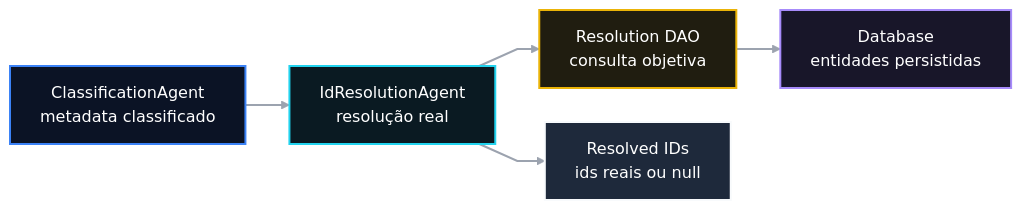
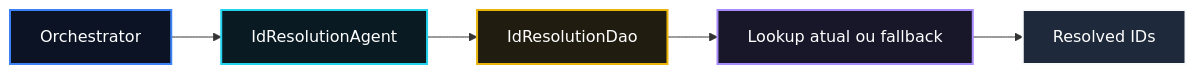
Before and after one commit to matheusdiamantino-betalent/questions-ai: the diagram in PR 62 — Fase 2: Match Real de IDs com Banco.md, drawn with Mermaid. The commit also changed other lines of this file, not shown here.

Commit message:
Update PR 62 — Fase 2: Match Real de IDs com Banco.md

````diff
--- a/PR 62 — Fase 2: Match Real de IDs com Banco.md
+++ b/PR 62 — Fase 2: Match Real de IDs com Banco.md
@@ -84,45 +76,19 @@
 ```mermaid
-%%{init: {
-  "theme": "base",
-  "themeVariables": {
-    "background": "#050b16",
-    "primaryColor": "#0b1220",
-    "primaryTextColor": "#ffffff",
-    "primaryBorderColor": "#22d3ee",
-    "lineColor": "#94a3b8",
-    "secondaryColor": "#0b1220",
-    "tertiaryColor": "#0b1220",
-    "fontFamily": "Inter, Arial, sans-serif"
-  },
-  "flowchart": {
-    "htmlLabels": true,
-    "curve": "linear",
-    "nodeSpacing": 34,
-    "rankSpacing": 44
-  }
-}}%%
 flowchart LR
-    A["ClassificationAgent<br/>metadata classificado"] --> B["IdResolutionAgent<br/>resolução real"]
-    B --> C["Resolution DAO<br/>consulta objetiva"]
-    C --> D["Database<br/>entidades persistidas"]
-    B --> E["Resolved IDs<br/>ids reais ou null"]
+    A[Orchestrator] --> B[IdResolutionAgent]
+    B --> C[IdResolutionDao]
+    C --> D[Lookup atual ou fallback]
+    D --> E[Resolved IDs]
 
     classDef step1 fill:#0b1325,stroke:#3b82f6,stroke-width:2px,color:#ffffff;
     classDef step2 fill:#0a1a22,stroke:#22d3ee,stroke-width:2px,color:#ffffff;
     classDef step3 fill:#201d10,stroke:#eab308,stroke-width:2px,color:#ffffff;
     classDef step4 fill:#181629,stroke:#a78bfa,stroke-width:2px,color:#ffffff;
-    classDef step5 fill:#25170f,stroke:#f97316,stroke-width:2px,color:#ffffff;
-    classDef outputBox fill:#1e293b,stroke:#f8fafc,stroke-width:2px,color:#ffffff;
-    classDef coreBox fill:#1e293b,stroke:#f8fafc,stroke-width:2px,color:#ffffff;
+    classDef step5 fill:#1e293b,stroke:#f8fafc,stroke-width:2px,color:#ffffff;
 
     class A step1;
     class B step2;
     class C step3;
     class D step4;
-    class E outputBox;
-
-    linkStyle 0 stroke:#9ca3af,stroke-width:2px;
-    linkStyle 1 stroke:#9ca3af,stroke-width:2px;
-    linkStyle 2 stroke:#9ca3af,stroke-width:2px;
-    linkStyle 3 stroke:#9ca3af,stroke-width:2px;
+    class E step5;
 ```
````
